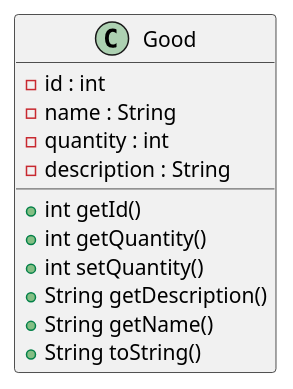
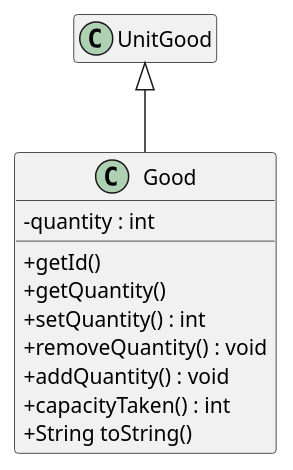
The diagram in docs/diagrams/Good.puml (nus-cs2113-AY2122S2/tp), drawn with PlantUML before and after one commit. The commit also changed 5 other files, not shown here.

Commit message:
Add diagrams for DG

```diff
--- a/docs/diagrams/Good.puml
+++ b/docs/diagrams/Good.puml
@@ -1,17 +1,24 @@
 @startuml
 'https://plantuml.com/class-diagram
+skinparam classAttributeIconSize 0
+hide empty member
 
 class Good {
--id : int
--name : String
 -quantity : int
--description : String
-+int getId()
-+int getQuantity()
-+int setQuantity()
-+String getDescription()
-+String getName()
++getId()
++getQuantity()
++setQuantity() : int
++removeQuantity() : void
++addQuantity() : void
++capacityTaken() : int
 +String toString()
 }
 
+skinparam classAttributeIconSize 0
+
+class UnitGood {
+}
+
+UnitGood <|-down- Good
+
 @enduml
```
